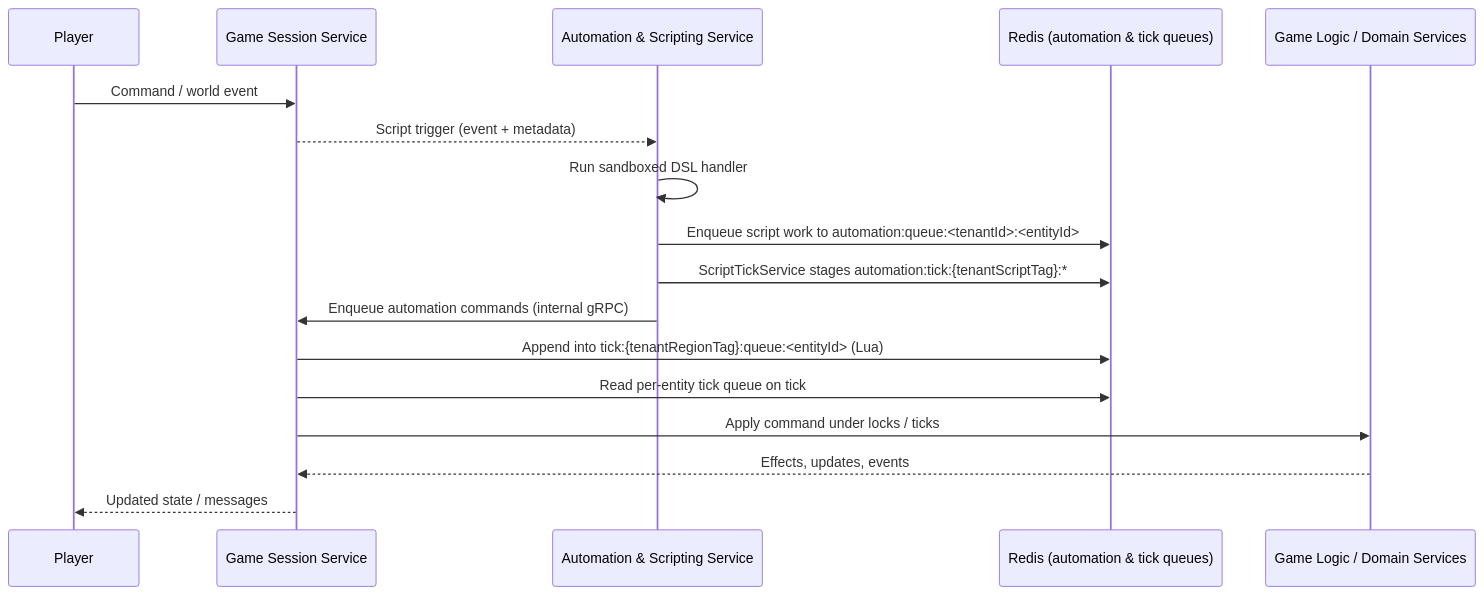
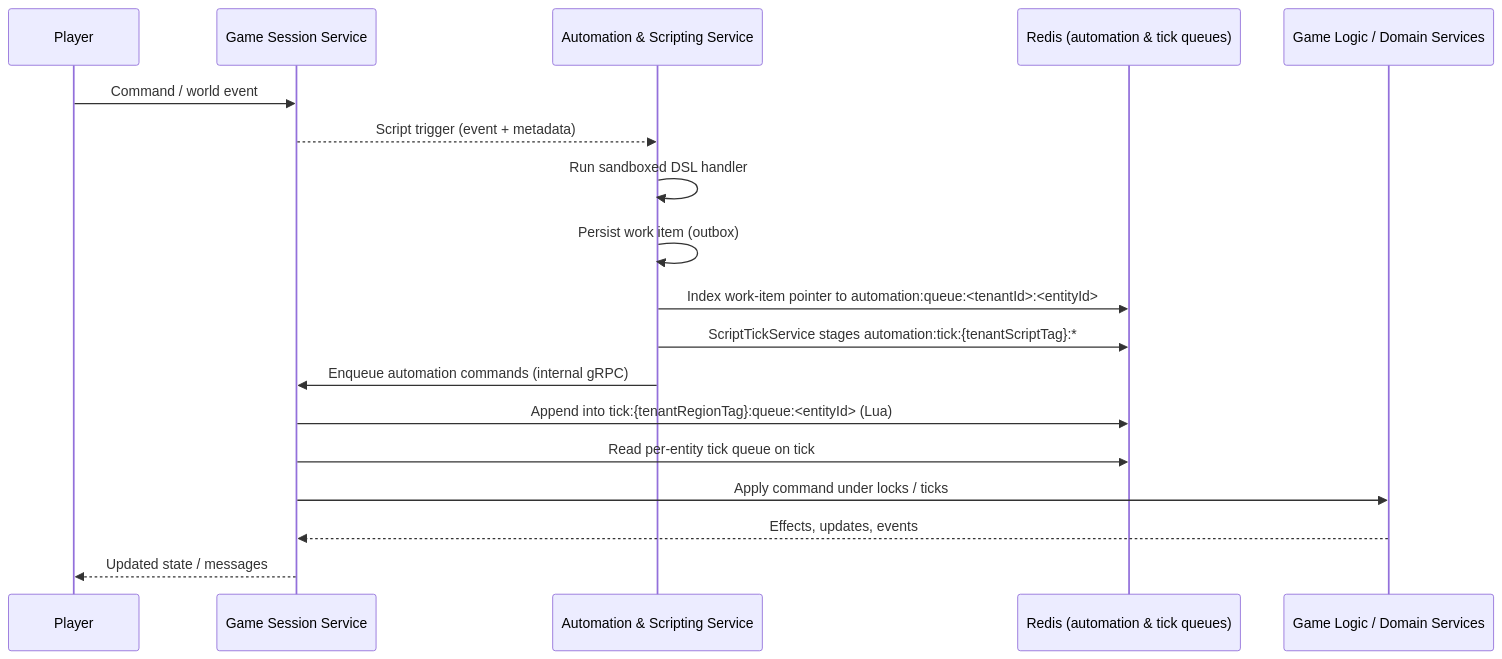
One commit to benhook1013/FireMUD changed the diagram in design/architecture/system-architecture-scripting.md. Above: the diagram before and after it, drawn with Mermaid. The commit also changed 49 other files, not shown here.

Commit message:
Align architecture docs and runtime contracts

````diff
--- a/design/architecture/system-architecture-scripting.md
+++ b/design/architecture/system-architecture-scripting.md
@@ -155,20 +155,21 @@
 ```mermaid
 sequenceDiagram
     participant Player
     participant GameSession as Game Session Service
     participant Scripting as Automation & Scripting Service
     participant Redis as Redis (automation & tick queues)
     participant GameLogic as Game Logic / Domain Services
 
     Player->>GameSession: Command / world event
     GameSession-->>Scripting: Script trigger (event + metadata)
     Scripting->>Scripting: Run sandboxed DSL handler
-    Scripting->>Redis: Enqueue script work to automation:queue:<tenantId>:<entityId>
+    Scripting->>Scripting: Persist work item (outbox)
+    Scripting->>Redis: Index work-item pointer to automation:queue:<tenantId>:<entityId>
     Scripting->>Redis: ScriptTickService stages automation:tick:{tenantScriptTag}:*
     Scripting->>GameSession: Enqueue automation commands (internal gRPC)
     GameSession->>Redis: Append into tick:{tenantRegionTag}:queue:<entityId> (Lua)
     GameSession->>Redis: Read per-entity tick queue on tick
     GameSession->>GameLogic: Apply command under locks / ticks
     GameLogic-->>GameSession: Effects, updates, events
     GameSession-->>Player: Updated state / messages
 ```
````
